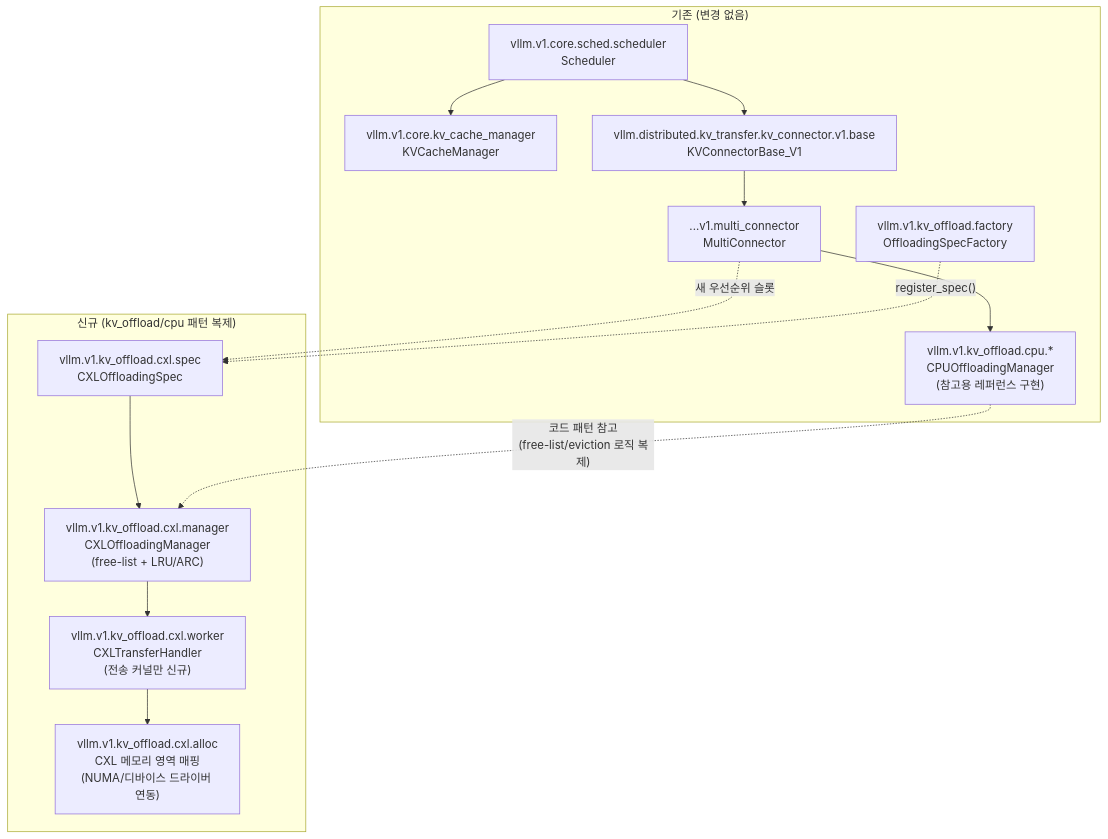
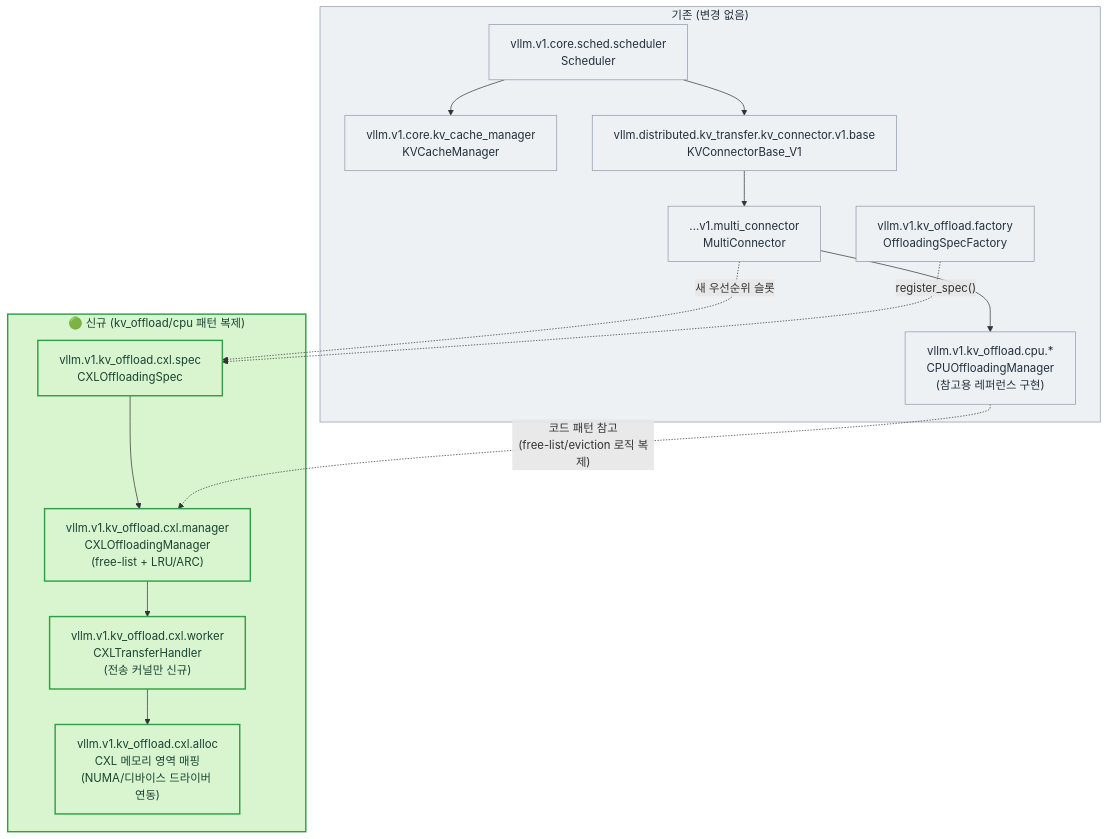
Before and after one commit to mkim0628/vllm: the second of 6 diagrams in doc-mk/vllm-kv-cache-memory-tiering.md, drawn with Mermaid. The commit also changed other lines of this file, not shown here.

First line of the commit message:
docs: fix broken mermaid diagram and add as-is/to-be color coding

````diff
--- a/doc-mk/vllm-kv-cache-memory-tiering.md
+++ b/doc-mk/vllm-kv-cache-memory-tiering.md
@@ -100,30 +113,35 @@
 ```mermaid
 graph TD
     subgraph EXISTING["기존 (변경 없음)"]
         SCHED["vllm.v1.core.sched.scheduler<br/>Scheduler"]
         KVMGR["vllm.v1.core.kv_cache_manager<br/>KVCacheManager"]
         CONNBASE["vllm.distributed.kv_transfer.kv_connector.v1.base<br/>KVConnectorBase_V1"]
         MULTICONN["...v1.multi_connector<br/>MultiConnector"]
         CPUOFF["vllm.v1.kv_offload.cpu.*<br/>CPUOffloadingManager<br/>(참고용 레퍼런스 구현)"]
         FACTORY["vllm.v1.kv_offload.factory<br/>OffloadingSpecFactory"]
     end
 
-    subgraph NEW["신규 (kv_offload/cpu 패턴 복제)"]
+    subgraph NEW["🟢 신규 (kv_offload/cpu 패턴 복제)"]
         CXLSPEC["vllm.v1.kv_offload.cxl.spec<br/>CXLOffloadingSpec"]
         CXLMGR["vllm.v1.kv_offload.cxl.manager<br/>CXLOffloadingManager<br/>(free-list + LRU/ARC)"]
         CXLWORKER["vllm.v1.kv_offload.cxl.worker<br/>CXLTransferHandler<br/>(전송 커널만 신규)"]
         CXLALLOC["vllm.v1.kv_offload.cxl.alloc<br/>CXL 메모리 영역 매핑<br/>(NUMA/디바이스 드라이버 연동)"]
     end
 
     SCHED --> KVMGR
     SCHED --> CONNBASE
     CONNBASE --> MULTICONN
     MULTICONN --> CPUOFF
     MULTICONN -. "새 우선순위 슬롯" .-> CXLSPEC
     FACTORY -. "register_spec()" .-> CXLSPEC
     CXLSPEC --> CXLMGR
     CXLMGR --> CXLWORKER
     CXLWORKER --> CXLALLOC
 
     CPUOFF -. "코드 패턴 참고<br/>(free-list/eviction 로직 복제)" .-> CXLMGR
+
+    classDef existingBox fill:#eef1f4,stroke:#8d99ae,color:#22303e,stroke-width:1px;
+    classDef newBox fill:#d8f5d0,stroke:#2f9e44,color:#1b4332,stroke-width:2px;
+    class EXISTING,SCHED,KVMGR,CONNBASE,MULTICONN,CPUOFF,FACTORY existingBox
+    class NEW,CXLSPEC,CXLMGR,CXLWORKER,CXLALLOC newBox
 ```
````
